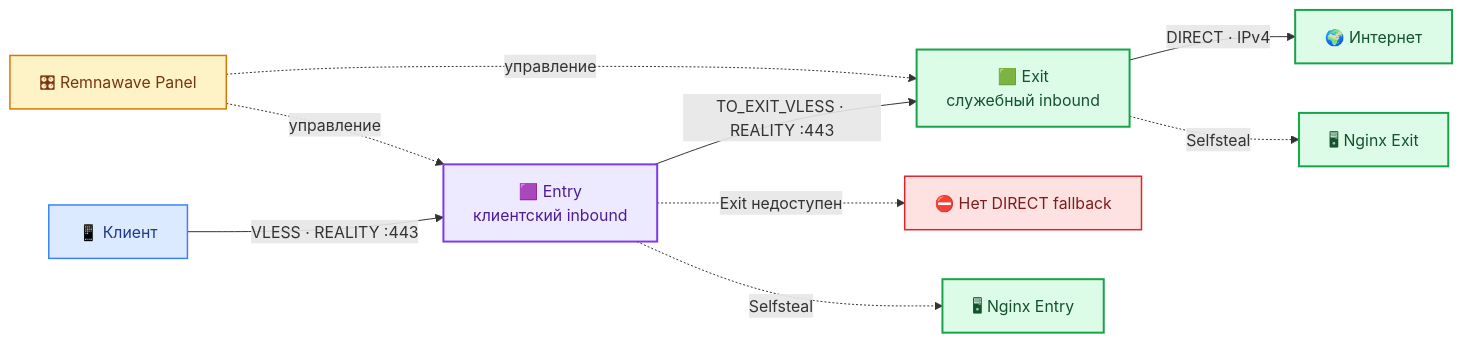
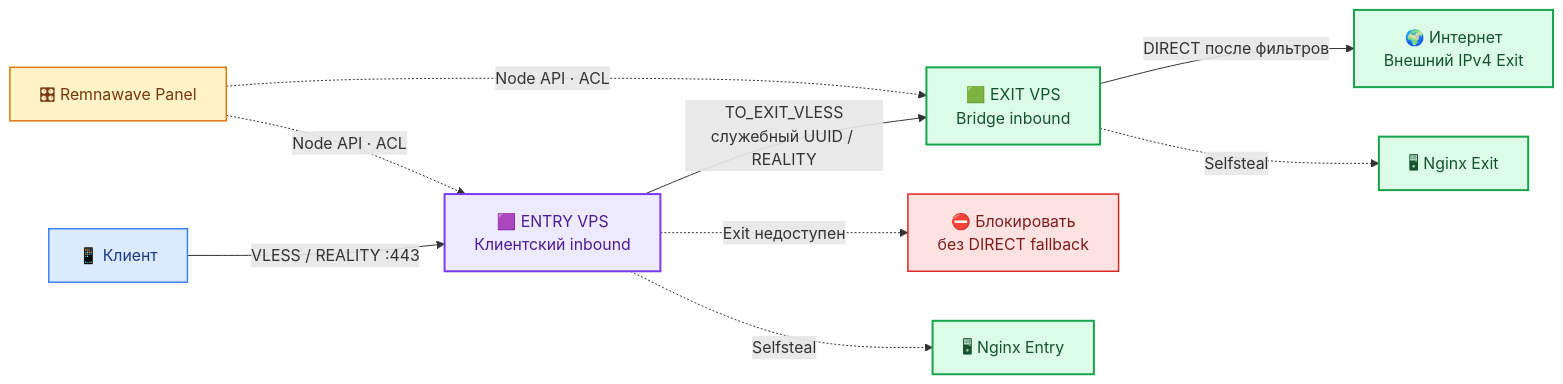
One commit to SUXARIK-GITHUB/Node_Install changed the third of 3 diagrams in README.md. Above: the diagram before and after it, drawn with Mermaid. The commit also changed other lines of this file and 16 other files, not shown here.

````diff
--- a/README.md
+++ b/README.md
@@ -326,21 +198,21 @@
 ```mermaid
 flowchart LR
-    C["📱 Клиент"] -->|"VLESS · REALITY :443"| E["🟪 Entry<br/>клиентский inbound"]
-    E -->|"TO_EXIT_VLESS · REALITY :443"| X["🟩 Exit<br/>служебный inbound"]
-    X -->|"DIRECT · IPv4"| I["🌍 Интернет"]
-    E -.->|Exit недоступен| B["⛔ Нет DIRECT fallback"]
-    P["🎛 Remnawave Panel"] -.->|управление| E
-    P -.->|управление| X
-    E -.->|Selfsteal| W1["🖥 Nginx Entry"]
-    X -.->|Selfsteal| W2["🖥 Nginx Exit"]
+    CLIENT["📱 Клиент"] -->|"VLESS / REALITY :443"| ENTRY["🟪 ENTRY VPS<br/>Клиентский inbound"]
+    ENTRY -->|"TO_EXIT_VLESS<br/>служебный UUID / REALITY"| EXIT["🟩 EXIT VPS<br/>Bridge inbound"]
+    EXIT -->|"DIRECT после фильтров"| NET["🌍 Интернет<br/>Внешний IPv4 Exit"]
+    ENTRY -.->|"Exit недоступен"| DENY["⛔ Блокировать<br/>без DIRECT fallback"]
+    PANEL["🎛 Remnawave Panel"] -.->|"Node API · ACL"| ENTRY
+    PANEL -.->|"Node API · ACL"| EXIT
+    ENTRY -.->|"Selfsteal"| SITE1["🖥 Nginx Entry"]
+    EXIT -.->|"Selfsteal"| SITE2["🖥 Nginx Exit"]
     classDef user fill:#dbeafe,stroke:#3b82f6,color:#1e3a8a,stroke-width:1.5px;
     classDef entry fill:#ede9fe,stroke:#7c3aed,color:#4c1d95,stroke-width:2px;
     classDef exit fill:#dcfce7,stroke:#16a34a,color:#14532d,stroke-width:2px;
     classDef ctl fill:#fef3c7,stroke:#d97706,color:#78350f,stroke-width:1.5px;
     classDef denied fill:#fee2e2,stroke:#dc2626,color:#7f1d1d,stroke-width:1.5px;
-    class C user;
-    class E entry;
-    class X,I,W1,W2 exit;
-    class P ctl;
-    class B denied;
+    class CLIENT user;
+    class ENTRY entry;
+    class EXIT,NET,SITE1,SITE2 exit;
+    class PANEL ctl;
+    class DENY denied;
 ```
````
